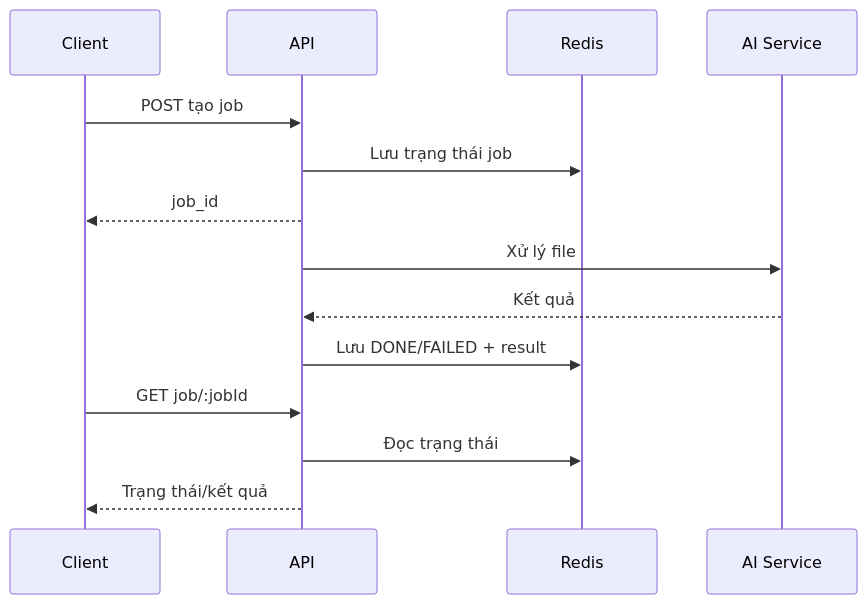
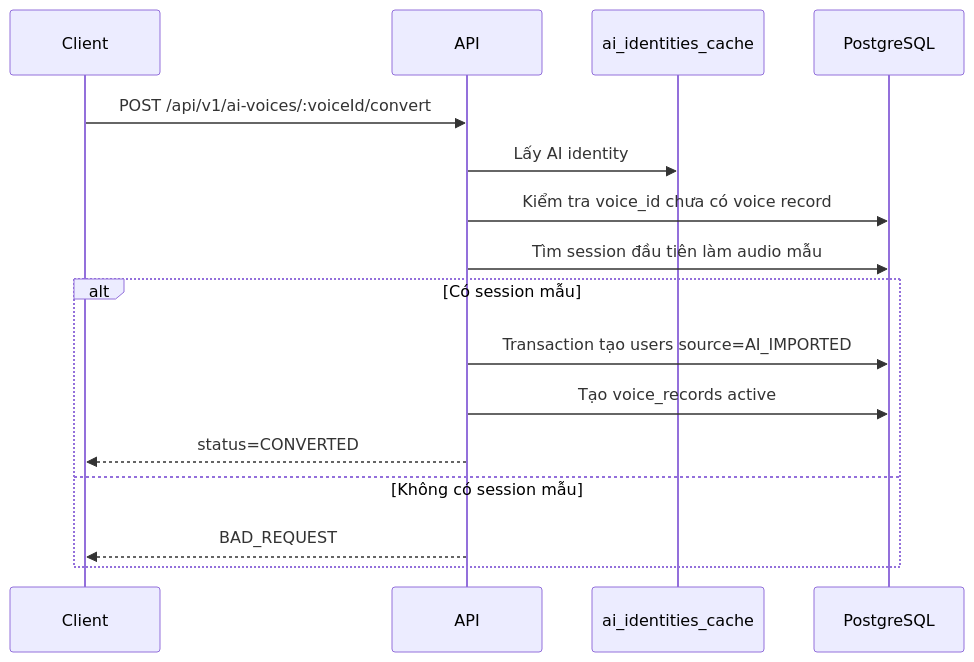
One commit to SSIT-joint-stock/identify-voice-base changed diagram 19 of 29 in docs/architecture/data-flow.md. Above: the diagram before and after it, drawn with Mermaid. The commit also changed other lines of this file and 1 other file, not shown here.

Commit message:
docs: enhance data flow documentation with detailed coverage matrix and pipeline overview

````diff
--- a/docs/architecture/data-flow.md
+++ b/docs/architecture/data-flow.md
@@ -184,17 +549,20 @@
 ```mermaid
 sequenceDiagram
     participant C as Client
     participant A as API
-    participant R as Redis
-    participant AI as AI Service
+    participant Cache as ai_identities_cache
+    participant D as PostgreSQL
 
-    C->>A: POST tạo job
-    A->>R: Lưu trạng thái job
-    A-->>C: job_id
-    A->>AI: Xử lý file
-    AI-->>A: Kết quả
-    A->>R: Lưu DONE/FAILED + result
-    C->>A: GET job/:jobId
-    A->>R: Đọc trạng thái
-    A-->>C: Trạng thái/kết quả
+    C->>A: POST /api/v1/ai-voices/:voiceId/convert
+    A->>Cache: Lấy AI identity
+    A->>D: Kiểm tra voice_id chưa có voice record
+    A->>D: Tìm session đầu tiên làm audio mẫu
+
+    alt Có session mẫu
+        A->>D: Transaction tạo users source=AI_IMPORTED
+        A->>D: Tạo voice_records active
+        A-->>C: status=CONVERTED
+    else Không có session mẫu
+        A-->>C: BAD_REQUEST
+    end
 ```
````
